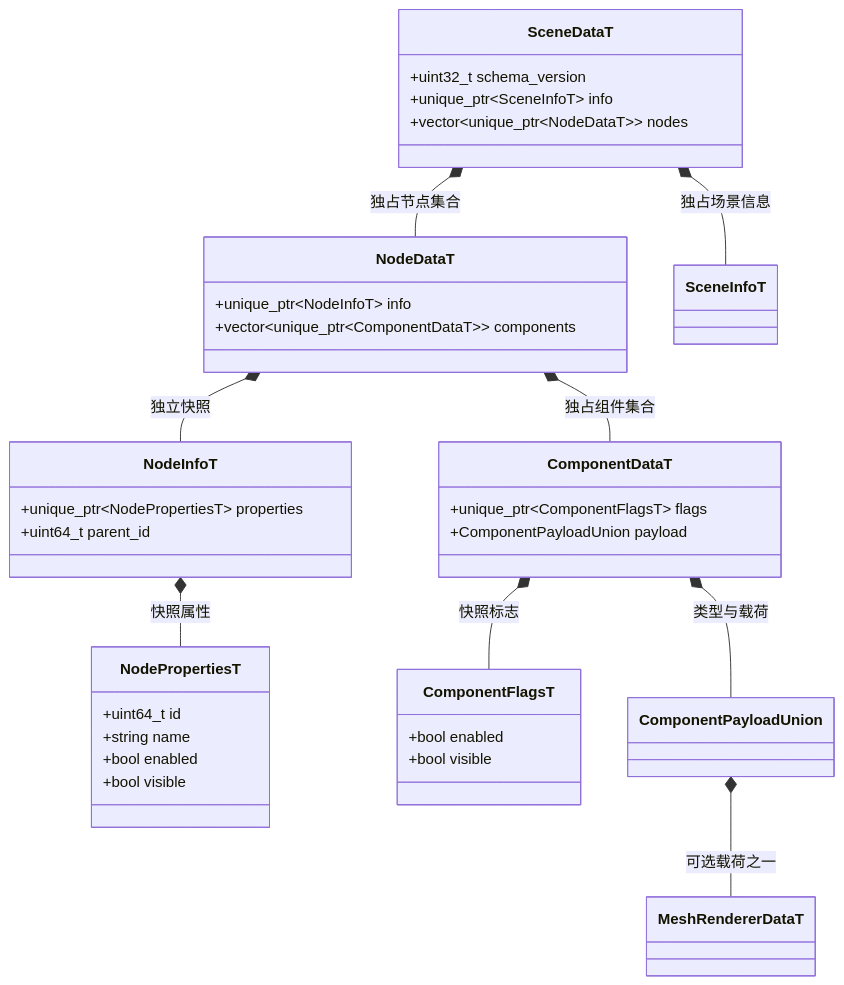
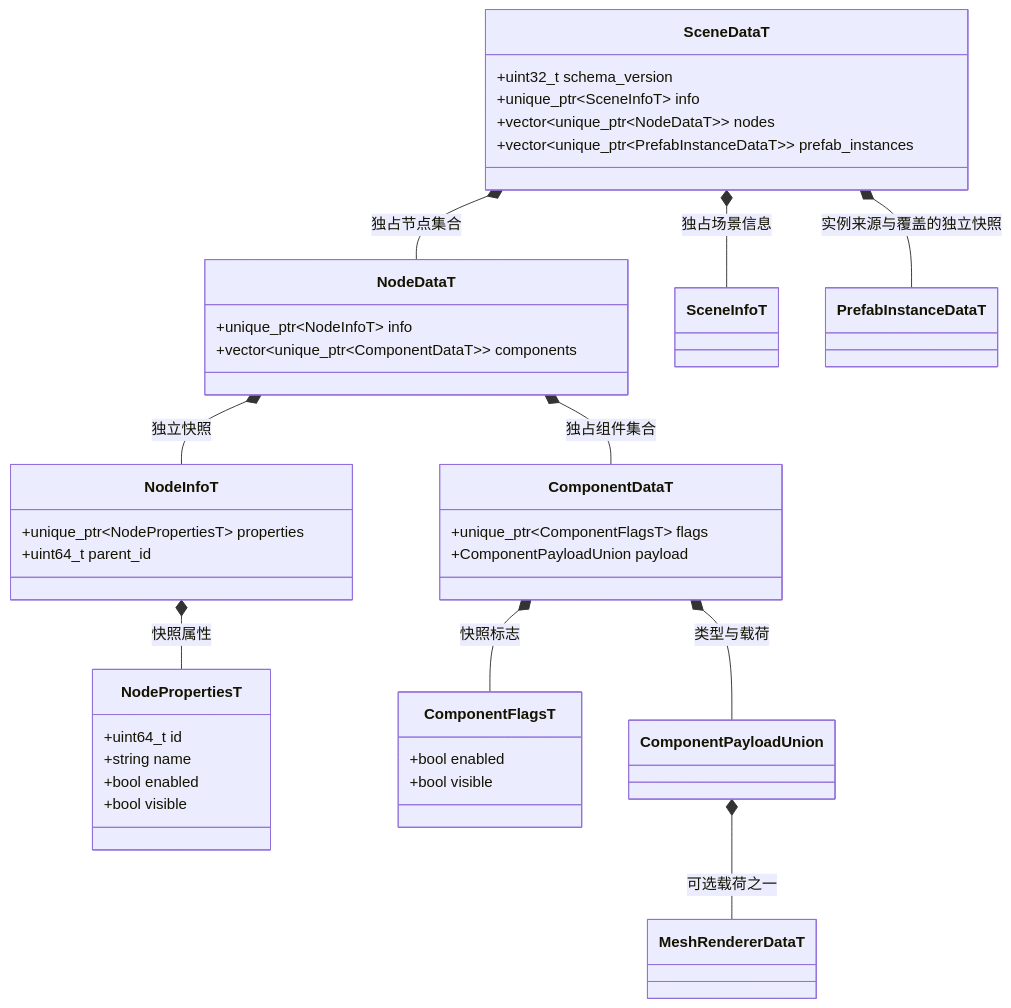
The first of 7 diagrams in docs/runtime/class-diagrams/scene-data.md (lcals/Engine), drawn with Mermaid before and after one commit. The commit also changed other lines of this file and 222 other files, not shown here.

Commit message:
Consolidate editor asset imports and align architecture documentation

````diff
--- a/docs/runtime/class-diagrams/scene-data.md
+++ b/docs/runtime/class-diagrams/scene-data.md
@@ -9,42 +9,45 @@
 ```mermaid
 classDiagram
     direction TB
     class SceneDataT {
         +uint32_t schema_version
         +unique_ptr~SceneInfoT~ info
         +vector~unique_ptr~NodeDataT~~ nodes
+        +vector~unique_ptr~PrefabInstanceDataT~~ prefab_instances
     }
     class NodeDataT {
         +unique_ptr~NodeInfoT~ info
         +vector~unique_ptr~ComponentDataT~~ components
     }
     class ComponentDataT {
         +unique_ptr~ComponentFlagsT~ flags
         +ComponentPayloadUnion payload
     }
     class SceneInfoT
+    class PrefabInstanceDataT
+    SceneDataT *-- PrefabInstanceDataT : 实例来源与覆盖的独立快照
     class NodeInfoT {
         +unique_ptr~NodePropertiesT~ properties
         +uint64_t parent_id
     }
     class NodePropertiesT {
         +uint64_t id
         +string name
         +bool enabled
         +bool visible
     }
     class ComponentFlagsT {
         +bool enabled
         +bool visible
     }
     class ComponentPayloadUnion
     class MeshRendererDataT
     SceneDataT *-- SceneInfoT : 独占场景信息
     SceneDataT *-- NodeDataT : 独占节点集合
     NodeDataT *-- NodeInfoT : 独立快照
     NodeInfoT *-- NodePropertiesT : 快照属性
     ComponentDataT *-- ComponentFlagsT : 快照标志
     NodeDataT *-- ComponentDataT : 独占组件集合
     ComponentDataT *-- ComponentPayloadUnion : 类型与载荷
     ComponentPayloadUnion *-- MeshRendererDataT : 可选载荷之一
 ```
````
